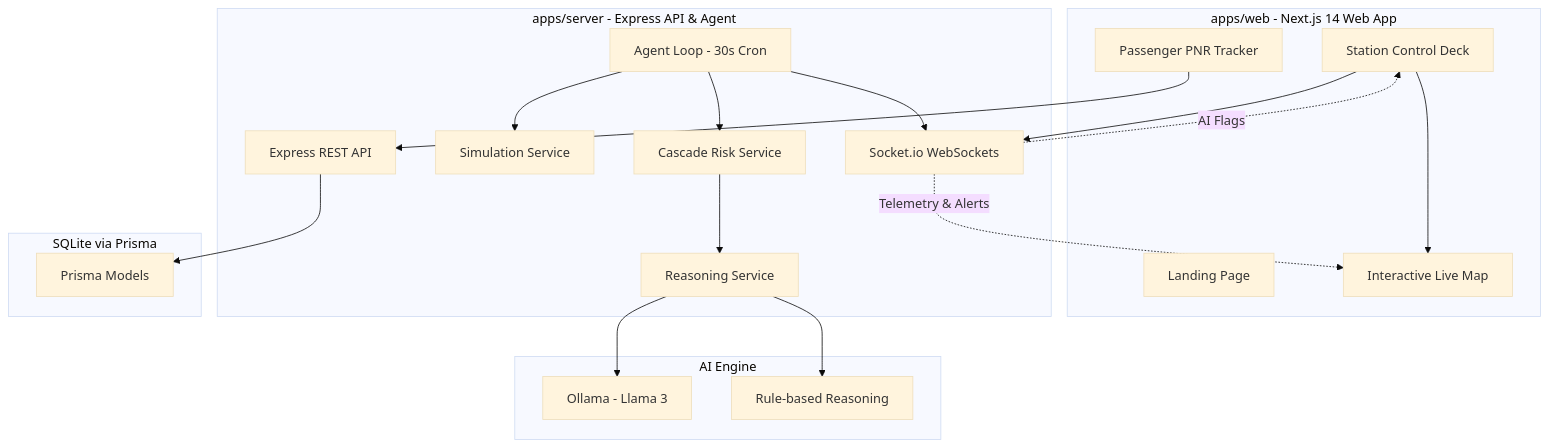
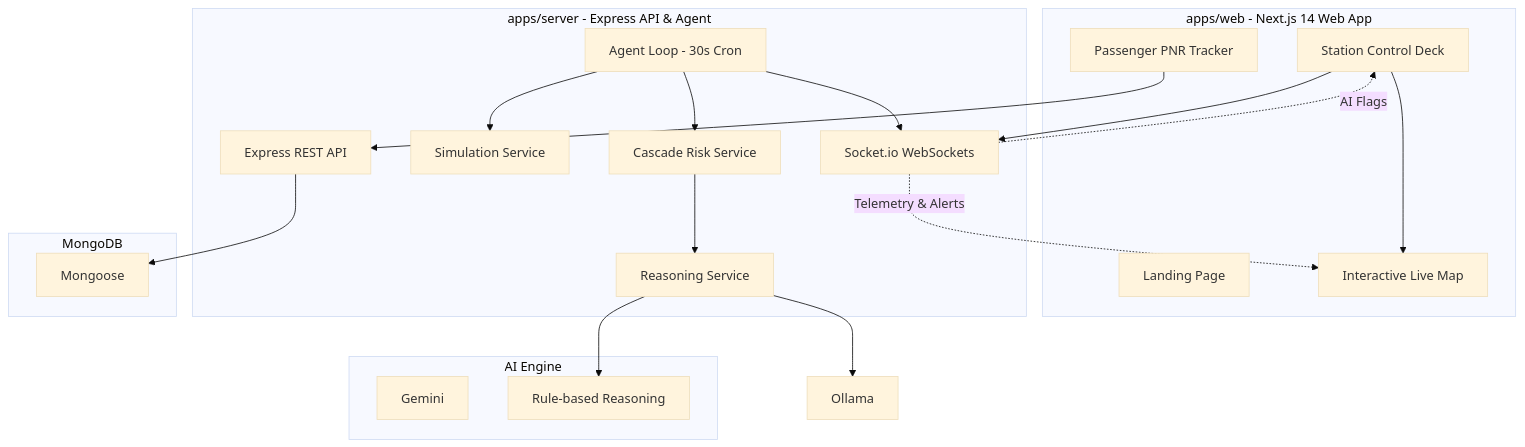
Before and after one commit to iamdhruv17/Rail-Sense: the diagram in README.md, drawn with Mermaid (base theme). The commit also changed other lines of this file, not shown here.

````diff
--- a/README.md
+++ b/README.md
@@ -11,41 +11,41 @@
 ```mermaid
 graph TD
     subgraph Client [apps/web - Next.js 14 Web App]
         Landing[Landing Page]
         Console[Station Control Deck]
         Map[Interactive Live Map]
         PNR[Passenger PNR Tracker]
     end
 
     subgraph Server [apps/server - Express API & Agent]
         API[Express REST API]
         Cron[Agent Loop - 30s Cron]
         Sim[Simulation Service]
         Reason[Reasoning Service]
         Cascade[Cascade Risk Service]
         Socket[Socket.io WebSockets]
     end
 
-    subgraph Database [SQLite via Prisma]
-        Schema[Prisma Models]
+    subgraph Database [MongoDB]
+        Schema[Mongoose]
     end
 
     subgraph LLM [AI Engine]
-        Ollama[Ollama - Llama 3]
+        Gemini[Gemini]
         Fallback[Rule-based Reasoning]
     end
 
     %% Communications
     Console --> Map
     Console --> Socket
     PNR --> API
     API --> Schema
     Cron --> Sim
     Cron --> Cascade
     Cascade --> Reason
     Reason --> Ollama
     Reason --> Fallback
     Cron --> Socket
     Socket -.->|Telemetry & Alerts| Map
     Socket -.->|AI Flags| Console
 ```
````
